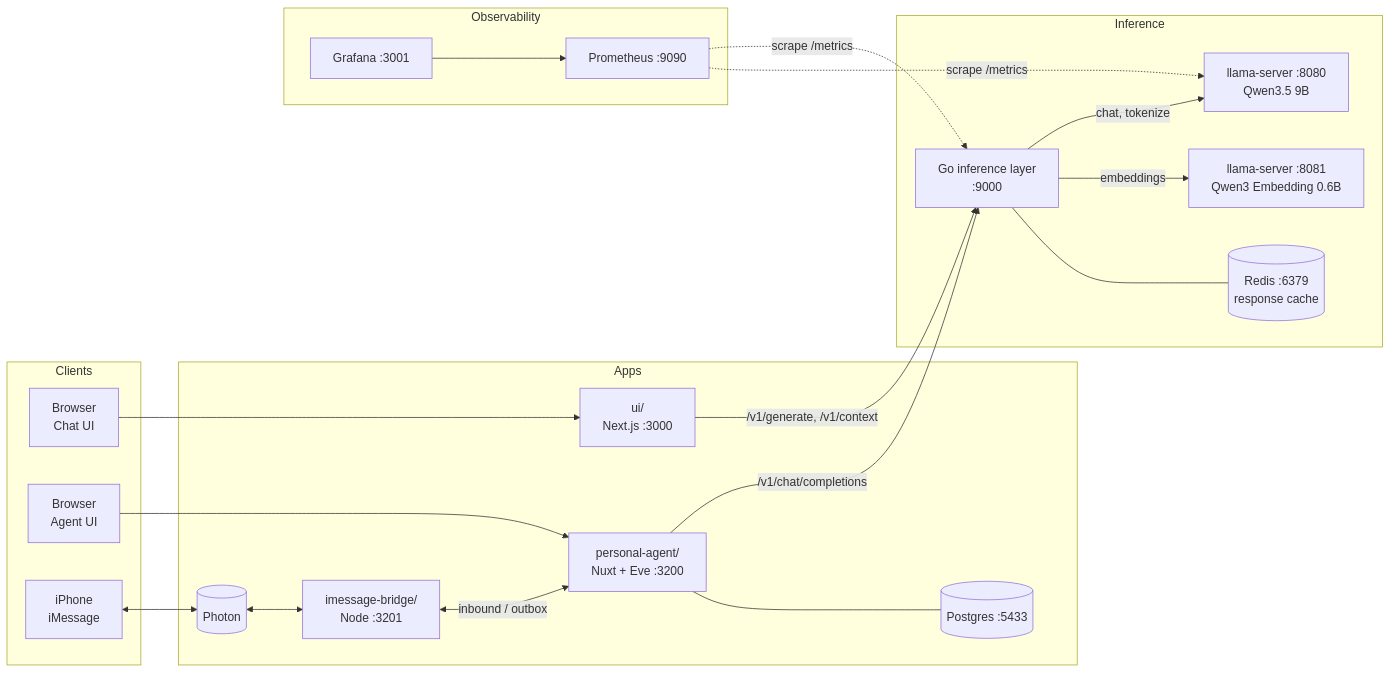
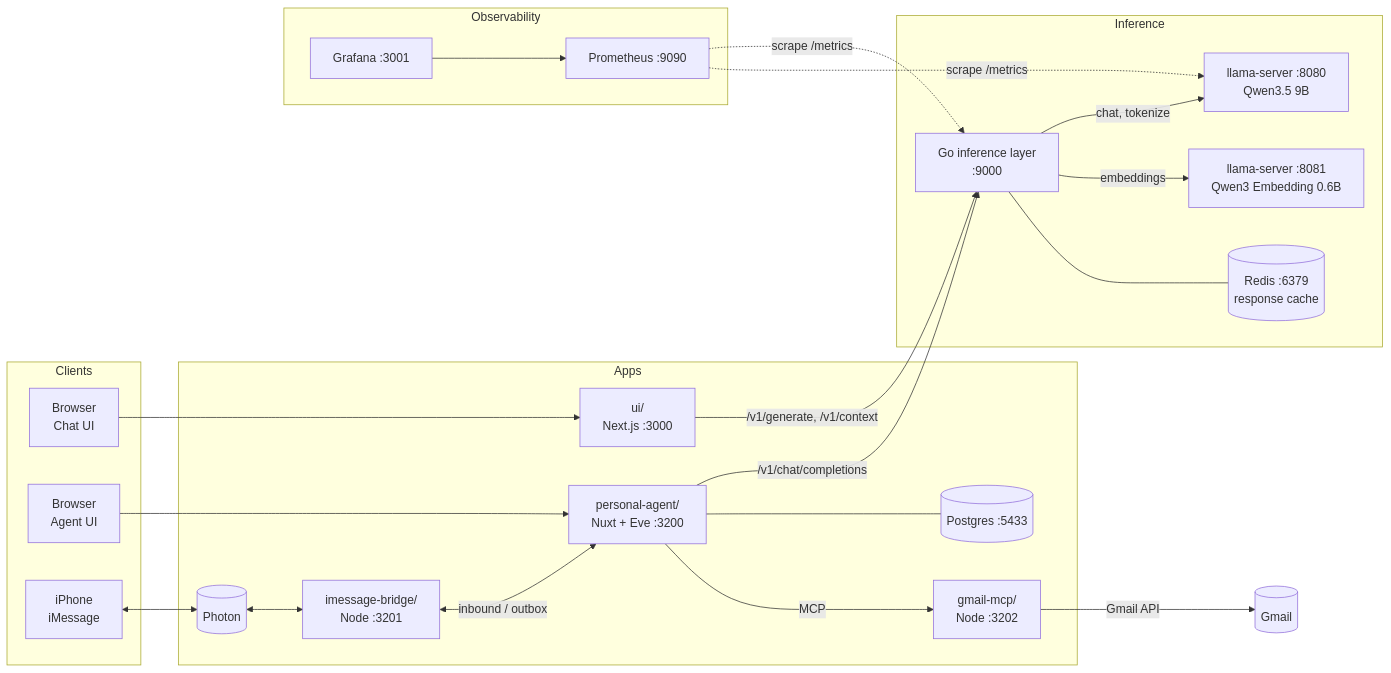
Before and after one commit to ojas1542/MyInferenceLayerFoundation: the diagram in README.md, drawn with Mermaid. The commit also changed other lines of this file and 13 other files, not shown here.

Commit message:
added gmail MCP

````diff
--- a/README.md
+++ b/README.md
@@ -8,39 +8,41 @@
 ```mermaid
 flowchart LR
   subgraph Clients
     B1[Browser<br/>Chat UI]
     B2[Browser<br/>Agent UI]
     P[iPhone<br/>iMessage]
   end
 
   subgraph Apps
     UI["ui/<br/>Next.js :3000"]
     AG["personal-agent/<br/>Nuxt + Eve :3200"]
     BR["imessage-bridge/<br/>Node :3201"]
+    GM["gmail-mcp/<br/>Node :3202"]
     PH[(Photon)]
     PG[(Postgres :5433)]
   end
 
   subgraph Inference
     GO["Go inference layer<br/>:9000"]
     RD[(Redis :6379<br/>response cache)]
     LC["llama-server :8080<br/>Qwen3.5 9B"]
     LE["llama-server :8081<br/>Qwen3 Embedding 0.6B"]
   end
 
   subgraph Observability
     PR[Prometheus :9090]
     GF[Grafana :3001]
   end
 
   B1 --> UI -->|/v1/generate, /v1/context| GO
   B2 --> AG -->|/v1/chat/completions| GO
   P <--> PH <--> BR <-->|inbound / outbox| AG
   AG --- PG
+  AG -->|MCP| GM -->|Gmail API| GML[(Gmail)]
   GO -->|chat, tokenize| LC
   GO -->|embeddings| LE
   GO --- RD
   PR -.->|scrape /metrics| GO
   PR -.->|scrape /metrics| LC
   GF --> PR
 ```
````
